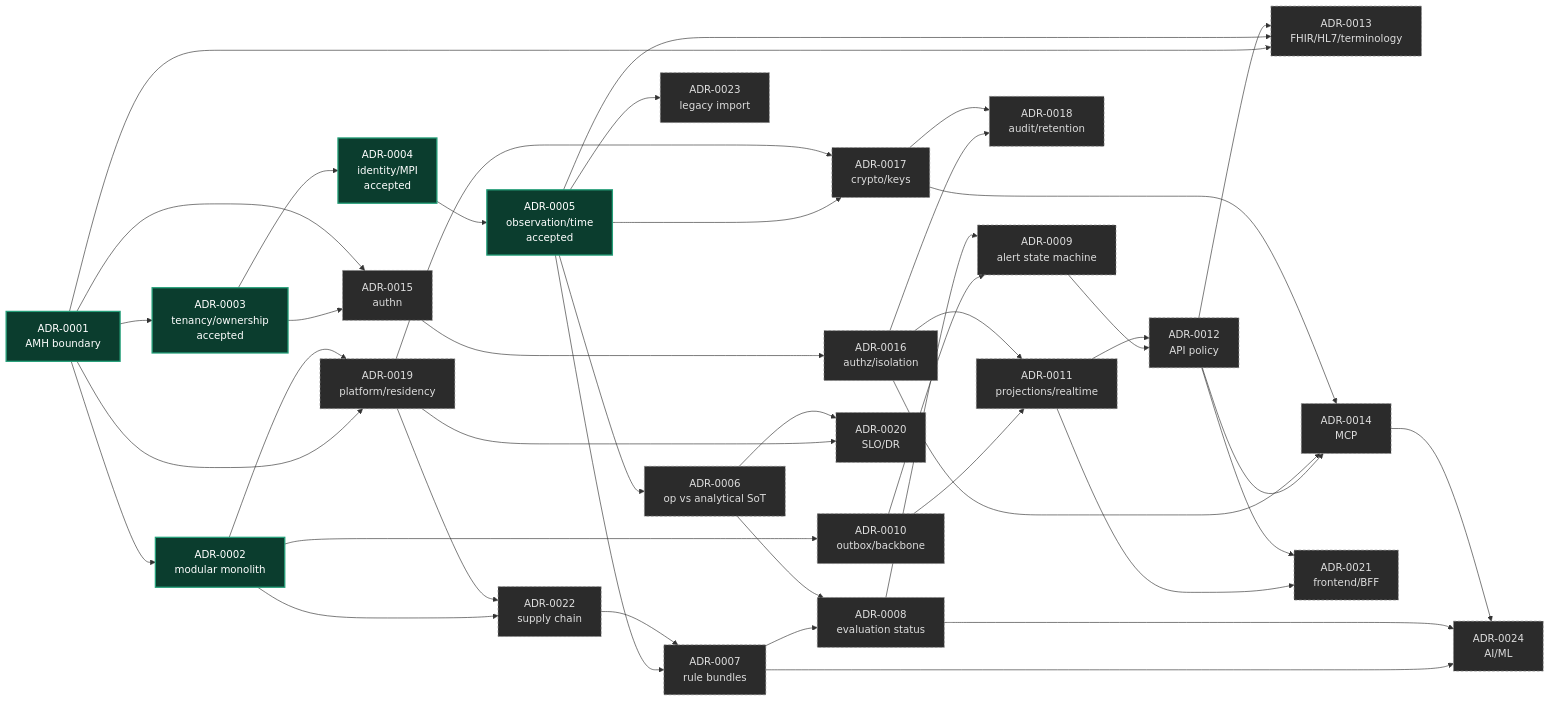
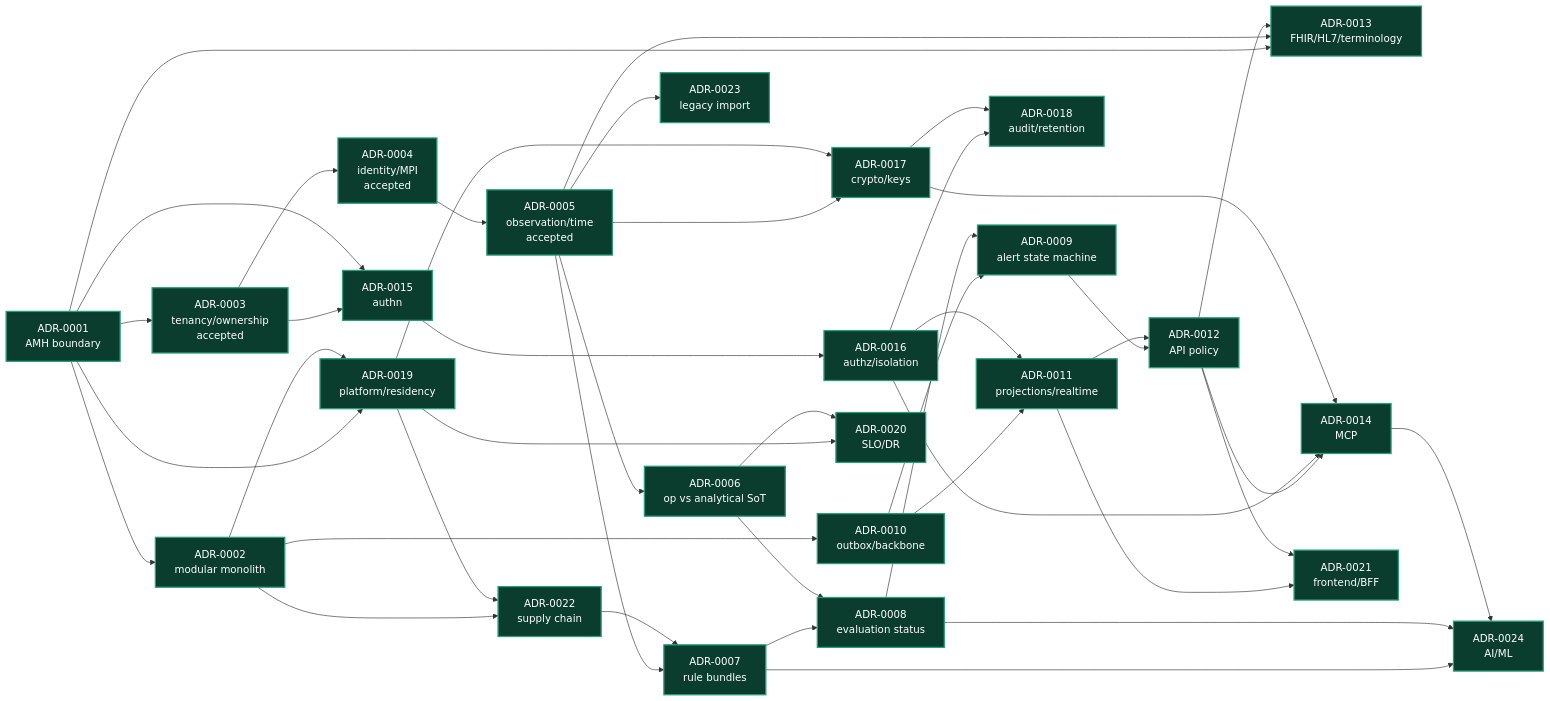
Before and after one commit to Omni-Saude/intensicare-V2: the second of 2 diagrams in docs/06-architecture/adrs/adr-index.md, drawn with Mermaid. The commit also changed other lines of this file and 12 other files, not shown here.

````diff
--- a/docs/06-architecture/adrs/adr-index.md
+++ b/docs/06-architecture/adrs/adr-index.md
@@ -311,59 +311,59 @@
 ```mermaid
 flowchart LR
     classDef drafted fill:#0b3d2e,stroke:#25a07a,stroke-width:2px,color:#ffffff
     classDef notstarted fill:#2b2b2b,stroke:#888888,stroke-dasharray:4 3,color:#dddddd
 
     A1["ADR-0001<br/>AMH boundary"]:::drafted
     A2["ADR-0002<br/>modular monolith"]:::drafted
     A3["ADR-0003<br/>tenancy/ownership<br/>accepted"]:::drafted
     A4["ADR-0004<br/>identity/MPI<br/>accepted"]:::drafted
     A5["ADR-0005<br/>observation/time<br/>accepted"]:::drafted
-    A6["ADR-0006<br/>op vs analytical SoT"]:::notstarted
-    A7["ADR-0007<br/>rule bundles"]:::notstarted
-    A8["ADR-0008<br/>evaluation status"]:::notstarted
-    A9["ADR-0009<br/>alert state machine"]:::notstarted
-    A10["ADR-0010<br/>outbox/backbone"]:::notstarted
-    A11["ADR-0011<br/>projections/realtime"]:::notstarted
-    A12["ADR-0012<br/>API policy"]:::notstarted
-    A13["ADR-0013<br/>FHIR/HL7/terminology"]:::notstarted
-    A14["ADR-0014<br/>MCP"]:::notstarted
-    A15["ADR-0015<br/>authn"]:::notstarted
-    A16["ADR-0016<br/>authz/isolation"]:::notstarted
-    A17["ADR-0017<br/>crypto/keys"]:::notstarted
-    A18["ADR-0018<br/>audit/retention"]:::notstarted
-    A19["ADR-0019<br/>platform/residency"]:::notstarted
-    A20["ADR-0020<br/>SLO/DR"]:::notstarted
-    A21["ADR-0021<br/>frontend/BFF"]:::notstarted
-    A22["ADR-0022<br/>supply chain"]:::notstarted
-    A23["ADR-0023<br/>legacy import"]:::notstarted
-    A24["ADR-0024<br/>AI/ML"]:::notstarted
+    A6["ADR-0006<br/>op vs analytical SoT"]:::drafted
+    A7["ADR-0007<br/>rule bundles"]:::drafted
+    A8["ADR-0008<br/>evaluation status"]:::drafted
+    A9["ADR-0009<br/>alert state machine"]:::drafted
+    A10["ADR-0010<br/>outbox/backbone"]:::drafted
+    A11["ADR-0011<br/>projections/realtime"]:::drafted
+    A12["ADR-0012<br/>API policy"]:::drafted
+    A13["ADR-0013<br/>FHIR/HL7/terminology"]:::drafted
+    A14["ADR-0014<br/>MCP"]:::drafted
+    A15["ADR-0015<br/>authn"]:::drafted
+    A16["ADR-0016<br/>authz/isolation"]:::drafted
+    A17["ADR-0017<br/>crypto/keys"]:::drafted
+    A18["ADR-0018<br/>audit/retention"]:::drafted
+    A19["ADR-0019<br/>platform/residency"]:::drafted
+    A20["ADR-0020<br/>SLO/DR"]:::drafted
+    A21["ADR-0021<br/>frontend/BFF"]:::drafted
+    A22["ADR-0022<br/>supply chain"]:::drafted
+    A23["ADR-0023<br/>legacy import"]:::drafted
+    A24["ADR-0024<br/>AI/ML"]:::drafted
 
     A1 --> A2 --> A10 --> A9
     A1 --> A3 --> A4 --> A5 --> A6
     A5 --> A7 --> A8
     A6 --> A8 --> A9 --> A12
     A10 --> A11 --> A12
     A3 --> A15 --> A16 --> A11
     A1 --> A15
     A1 --> A13
     A5 --> A13
     A12 --> A13
     A12 --> A14
     A16 --> A14
     A17 --> A14
     A5 --> A17
     A19 --> A17
     A16 --> A18
     A17 --> A18
     A1 --> A19
     A2 --> A19 --> A20
     A6 --> A20
     A11 --> A21
     A12 --> A21
     A2 --> A22 --> A7
     A19 --> A22
     A5 --> A23
     A7 --> A24
     A8 --> A24
     A14 --> A24
 ```
````
